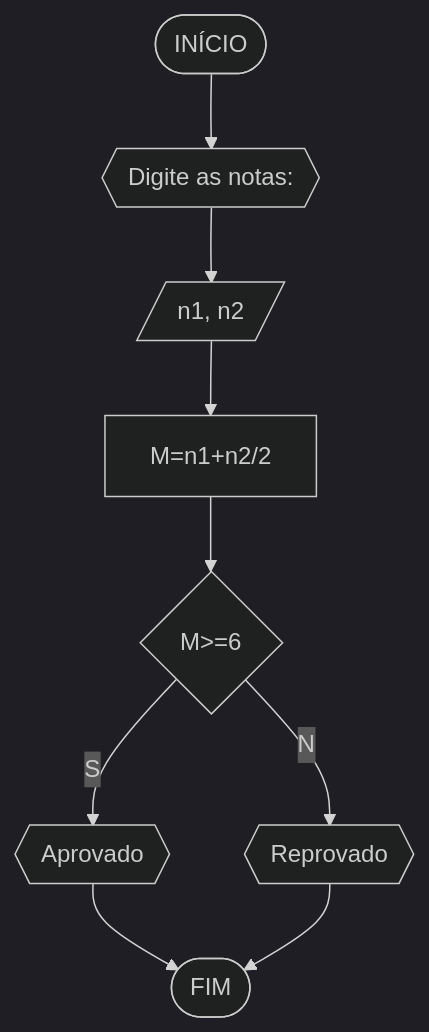
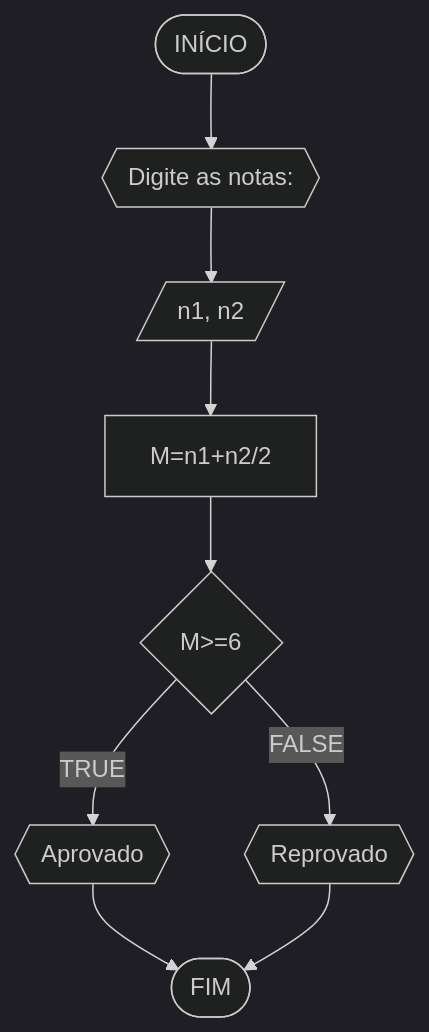
Before and after one commit to clara-paterno/unifor: the third of 4 diagrams in RLA/unidade1/lista1.md, drawn with Mermaid (dark theme). The commit also changed other lines of this file, not shown here.

````diff
--- a/RLA/unidade1/lista1.md
+++ b/RLA/unidade1/lista1.md
@@ -111,11 +106,11 @@
 ```mermaid
 flowchart TB
 A([INÍCIO]) --> B{{Digite as notas: }}
 B --> D[/n1, n2/] 
 D --> E[M=n1+n2/2]
 E-->F{M>=6}
-F--S-->G{{Aprovado}}
-F--N-->H{{Reprovado}}
+F--TRUE-->G{{Aprovado}}
+F--FALSE-->H{{Reprovado}}
 G-->I([FIM])
 H-->I
 ```
````
